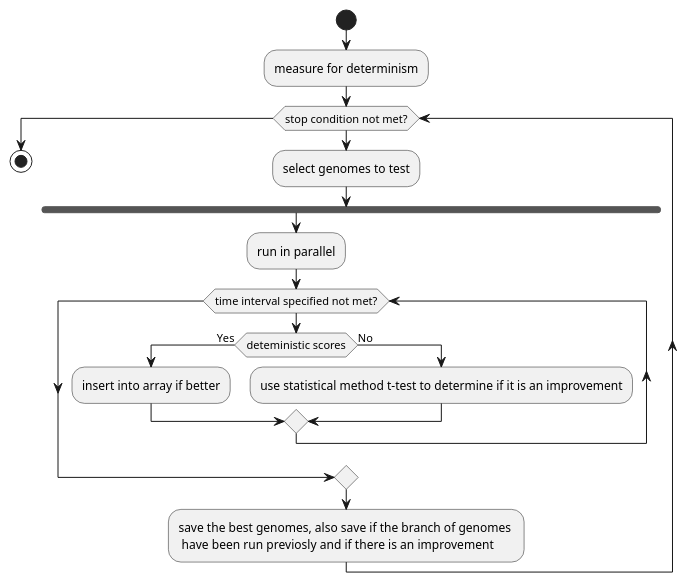
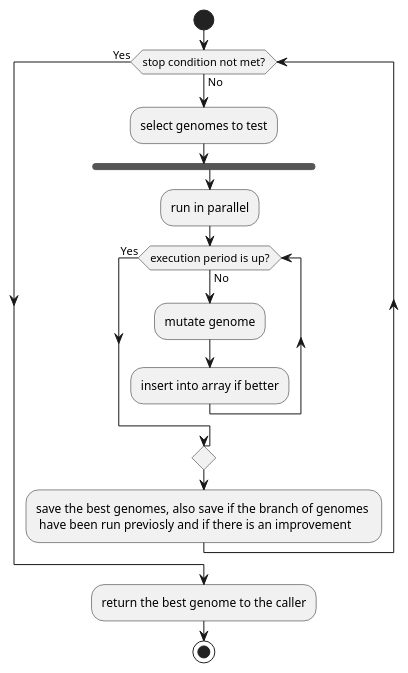
One commit to kribo852/rusty-darwinian-divingbell changed the diagram in algorithmic-flowchart.puml. Above: the diagram before and after it, drawn with PlantUML. The commit also changed 2 other files, not shown here.

Commit message:
Updated uml-diagram
Updated uml-diagram, formated code with cargo fmt.

```diff
--- a/algorithmic-flowchart.puml
+++ b/algorithmic-flowchart.puml
@@ -1,27 +1,23 @@
 @startuml
 start
 
-:measure for determinism; 
-
-while (stop condition not met?)
+while (stop condition not met?) is (No)
 
   :select genomes to test;
 
   fork 
   :run in parallel;
-  while (time interval specified not met?)
+  while (execution period is up?) is (No)
+    :mutate genome;
+    :insert into array if better;
 
-  if (deteministic scores) then (Yes)
-    :insert into array if better;
-  else (No)
-    :use statistical method t-test to determine if it is an improvement;
-  endif
-
-  endwhile
+  endwhile (Yes)
   end merge
   :save the best genomes, also save if the branch of genomes \n have been run previosly and if there is an improvement;
 
-endwhile
+endwhile (Yes)
+
+:return the best genome to the caller;
 
 stop
 @enduml
```
